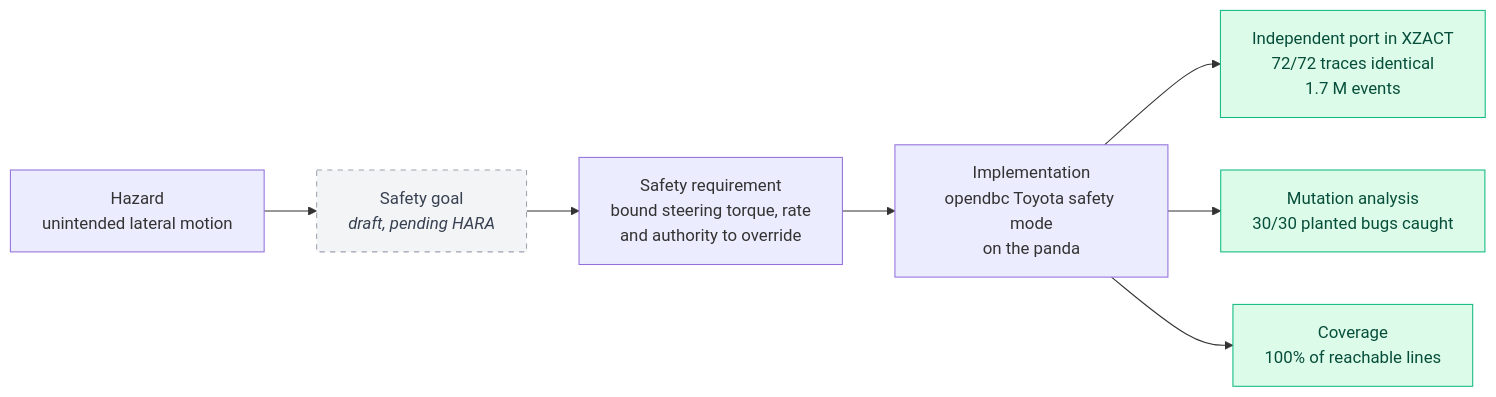
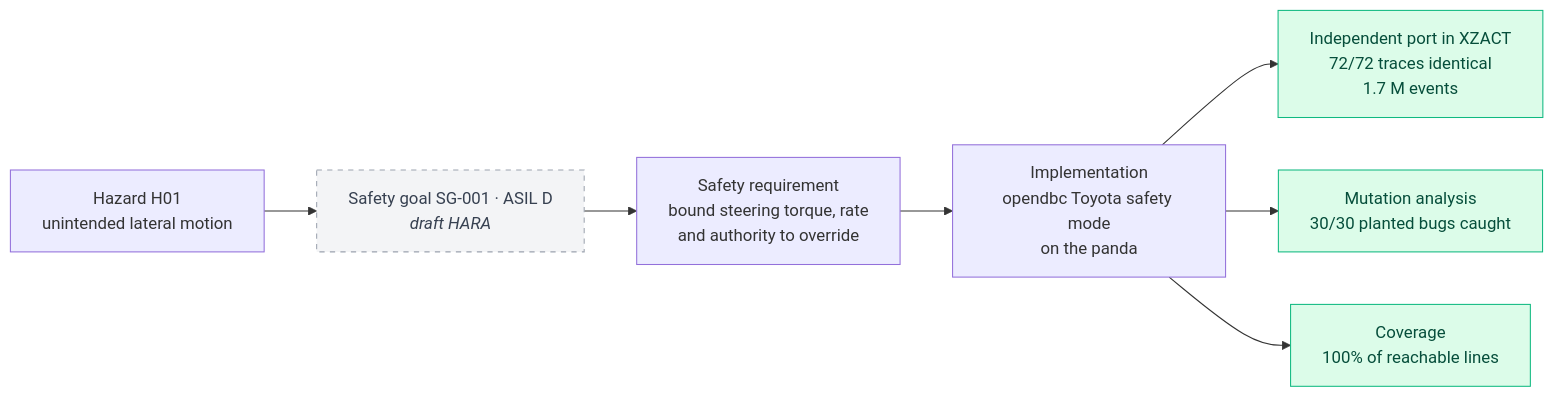
The third of 3 diagrams in README.md (jherrodthomas/LionDriver), drawn with Mermaid before and after one commit. The commit also changed other lines of this file and 12 other files, not shown here.

````diff
--- a/README.md
+++ b/README.md
@@ -147,14 +147,14 @@
 ```mermaid
 flowchart LR
-    H["Hazard<br/>unintended lateral motion"] --> SG["Safety goal<br/><i>draft, pending HARA</i>"]
+    H["Hazard H01<br/>unintended lateral motion"] --> SG["Safety goal SG-001 · ASIL D<br/><i>draft HARA</i>"]
     SG --> FSR["Safety requirement<br/>bound steering torque, rate<br/>and authority to override"]
     FSR --> IMPL["Implementation<br/>opendbc Toyota safety mode<br/>on the panda"]
     IMPL --> E1["Independent port in XZACT<br/>72/72 traces identical<br/>1.7 M events"]
     IMPL --> E2["Mutation analysis<br/>30/30 planted bugs caught"]
     IMPL --> E3["Coverage<br/>100% of reachable lines"]
 
     classDef ev fill:#DCFCE9,stroke:#10B981,color:#064E3B
     classDef draft fill:#F3F4F6,stroke:#9CA3AF,color:#374151,stroke-dasharray: 5 5
     class E1,E2,E3 ev
     class SG draft
 ```
````
